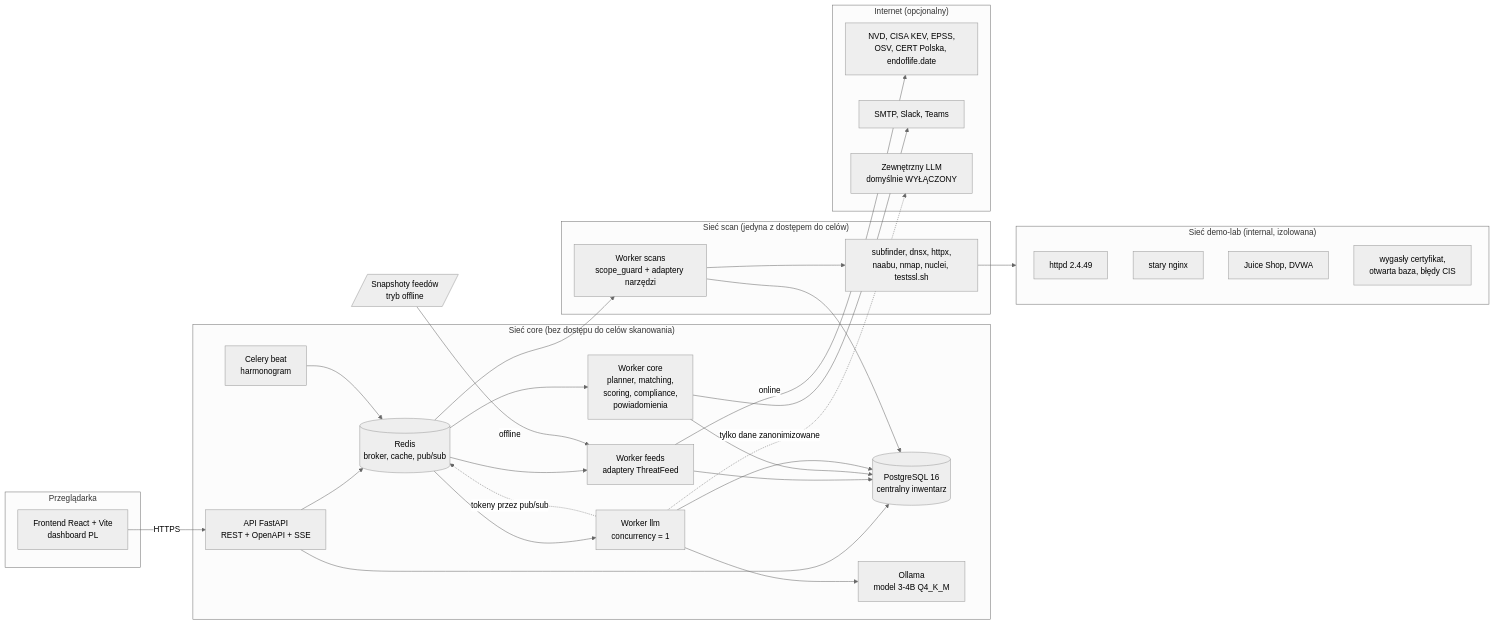
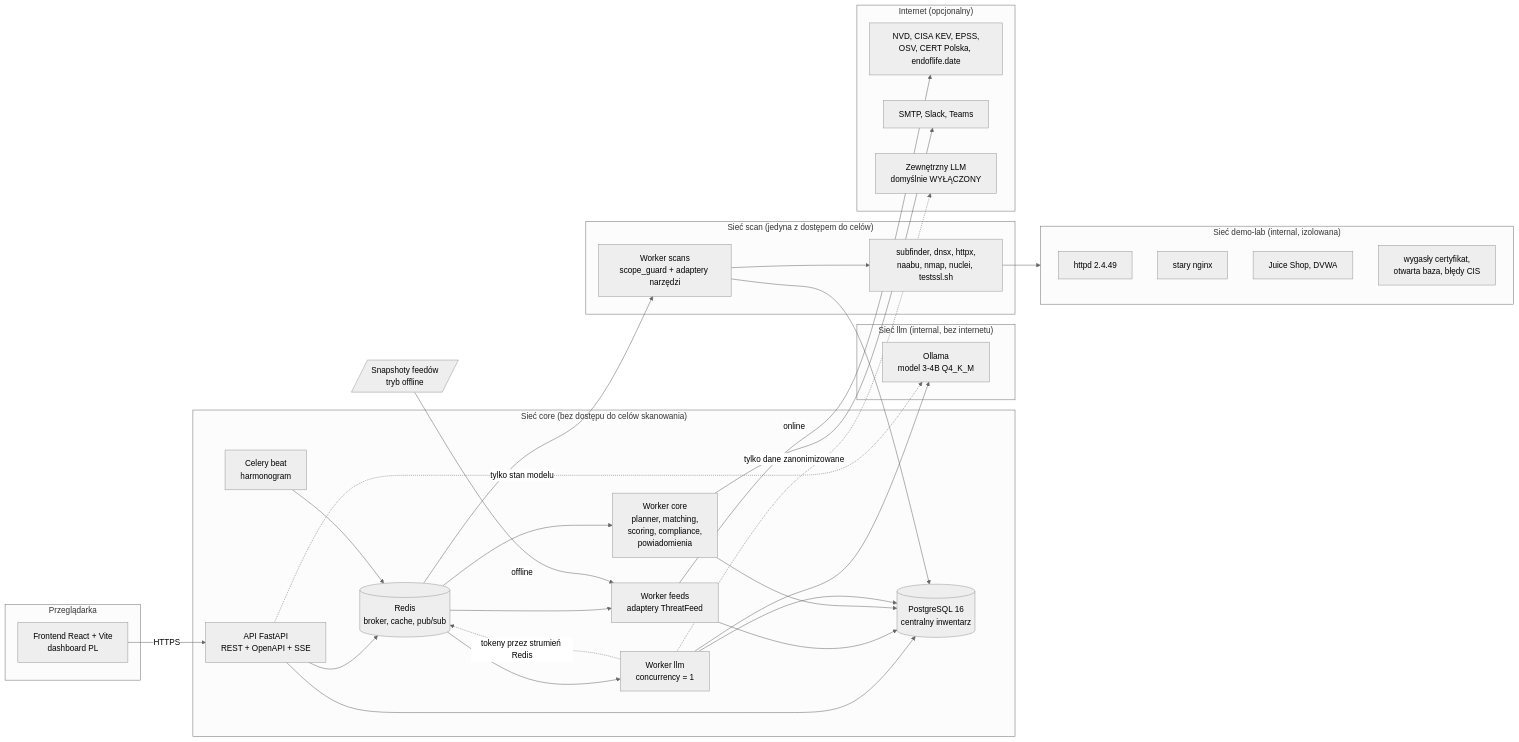
The first of 6 diagrams in docs/ARCHITECTURE.md (bartekmosionek12-bit/Sentinel), drawn with Mermaid (neutral theme) before and after one commit. The commit also changed other lines of this file and 3 other files, not shown here.

First line of the commit message:
docs(eval): add the model evaluation set, runner and architecture notes

````diff
--- a/docs/ARCHITECTURE.md
+++ b/docs/ARCHITECTURE.md
@@ -47,58 +47,62 @@
 ```mermaid
 flowchart LR
     subgraph UI["Przeglądarka"]
         FE["Frontend React + Vite<br/>dashboard PL"]
     end
 
     subgraph CORE["Sieć core (bez dostępu do celów skanowania)"]
         API["API FastAPI<br/>REST + OpenAPI + SSE"]
         DB[("PostgreSQL 16<br/>centralny inwentarz")]
         REDIS[("Redis<br/>broker, cache, pub/sub")]
         BEAT["Celery beat<br/>harmonogram"]
         WFEEDS["Worker feeds<br/>adaptery ThreatFeed"]
         WCORE["Worker core<br/>planner, matching,<br/>scoring, compliance,<br/>powiadomienia"]
         WLLM["Worker llm<br/>concurrency = 1"]
+    end
+
+    subgraph LLMNET["Sieć llm (internal, bez internetu)"]
         OLLAMA["Ollama<br/>model 3-4B Q4_K_M"]
     end
 
     subgraph SCAN["Sieć scan (jedyna z dostępem do celów)"]
         WSCAN["Worker scans<br/>scope_guard + adaptery narzędzi"]
         TOOLS["subfinder, dnsx, httpx,<br/>naabu, nmap, nuclei, testssl.sh"]
     end
 
     subgraph LAB["Sieć demo-lab (internal, izolowana)"]
         L1["httpd 2.4.49"]
         L2["stary nginx"]
         L3["Juice Shop, DVWA"]
         L4["wygasły certyfikat,<br/>otwarta baza, błędy CIS"]
     end
 
     subgraph EXT["Internet (opcjonalny)"]
         FEEDS["NVD, CISA KEV, EPSS,<br/>OSV, CERT Polska, endoflife.date"]
         NOTIF["SMTP, Slack, Teams"]
         EXTLLM["Zewnętrzny LLM<br/>domyślnie WYŁĄCZONY"]
     end
 
     SNAP[/"Snapshoty feedów<br/>tryb offline"/]
 
     FE -->|HTTPS| API
     API --> DB
     API --> REDIS
     BEAT --> REDIS
     REDIS --> WFEEDS
     REDIS --> WCORE
     REDIS --> WLLM
     REDIS --> WSCAN
     WFEEDS --> DB
     WCORE --> DB
     WLLM --> DB
     WSCAN --> DB
     WLLM --> OLLAMA
-    WLLM -. tokeny przez pub/sub .-> REDIS
+    WLLM -. tokeny przez strumień Redis .-> REDIS
+    API -. tylko stan modelu .-> OLLAMA
     WSCAN --> TOOLS
     TOOLS --> LAB
     WFEEDS -->|online| FEEDS
     SNAP -->|offline| WFEEDS
     WCORE --> NOTIF
     WLLM -. tylko dane zanonimizowane .-> EXTLLM
 ```
````
